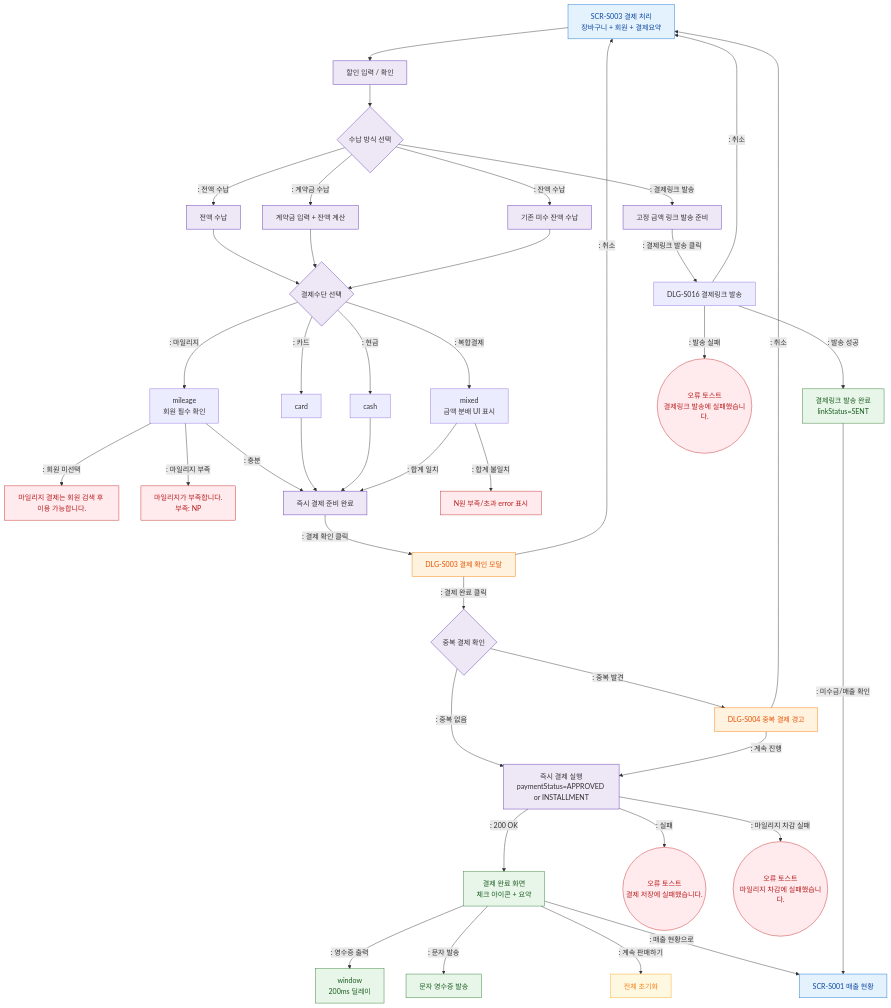
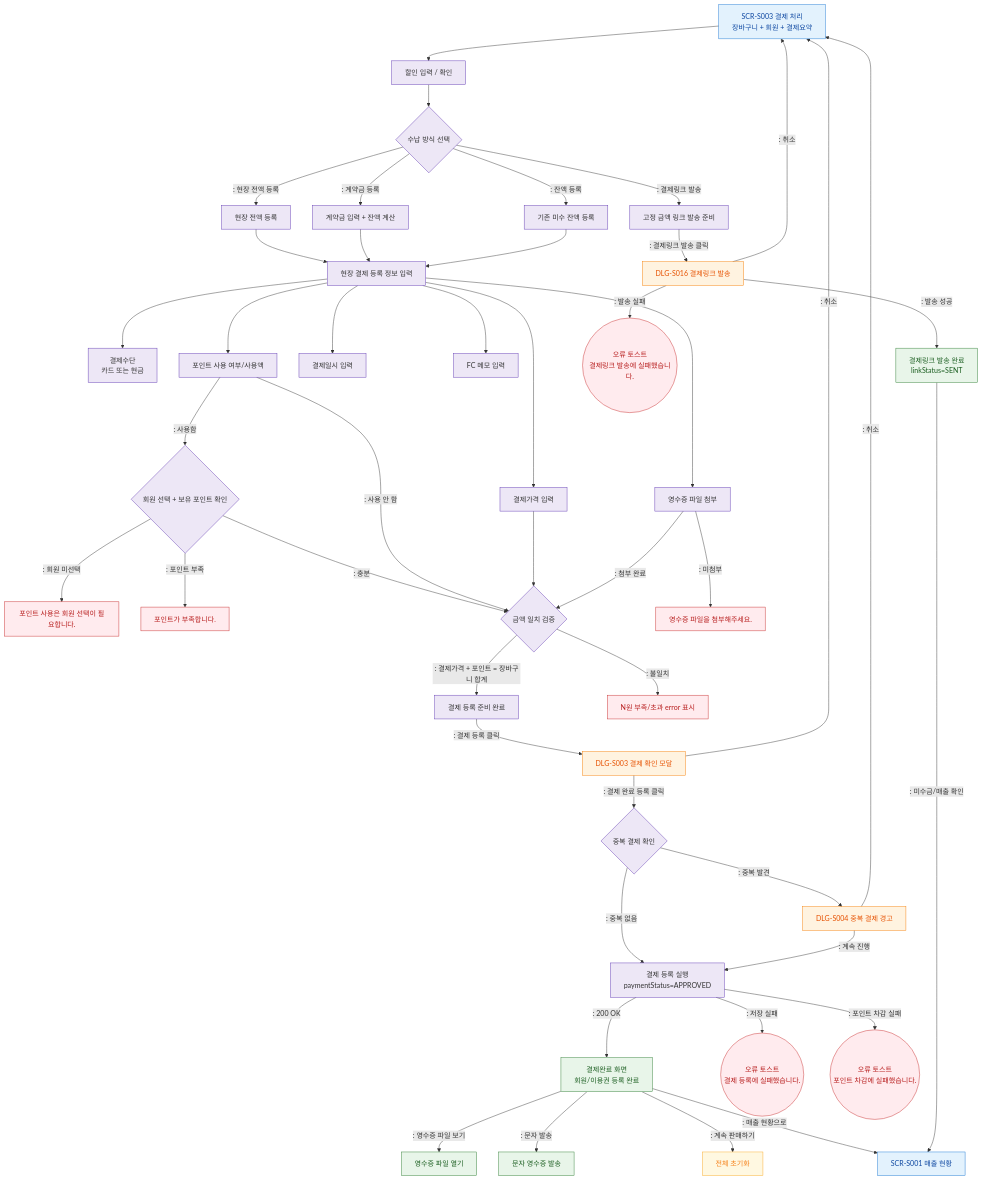
Before and after one commit to dev-spogym/admin-pando: the diagram in docs/admin/다이어그램/D03_매출관리/SCR-S003_결제처리/F2_메인.md, drawn with Mermaid. The commit also changed other lines of this file and 189 other files, not shown here.

````diff
--- a/docs/admin/다이어그램/D03_매출관리/SCR-S003_결제처리/F2_메인.md
+++ b/docs/admin/다이어그램/D03_매출관리/SCR-S003_결제처리/F2_메인.md
@@ -18,70 +18,75 @@
 ```mermaid
 flowchart TD
     S003[SCR-S003 결제 처리\n장바구니 + 회원 + 결제요약]
 
     S003 --> DISCOUNT[할인 입력 / 확인]
     DISCOUNT --> COLLECTION{수납 방식 선택}
 
-    COLLECTION -->|": 전액 수납"|FULL[전액 수납]
-    COLLECTION -->|": 계약금 수납"|DEPOSIT[계약금 입력 + 잔액 계산]
-    COLLECTION -->|": 잔액 수납"|BALANCE[기존 미수 잔액 수납]
+    COLLECTION -->|": 현장 전액 등록"|FULL[현장 전액 등록]
+    COLLECTION -->|": 계약금 등록"|DEPOSIT[계약금 입력 + 잔액 계산]
+    COLLECTION -->|": 잔액 등록"|BALANCE[기존 미수 잔액 등록]
     COLLECTION -->|": 결제링크 발송"|LINK_READY[고정 금액 링크 발송 준비]
 
-    FULL --> METHOD_SEL{결제수단 선택}
-    DEPOSIT --> METHOD_SEL
-    BALANCE --> METHOD_SEL
+    FULL --> FIELD_INPUT[현장 결제 등록 정보 입력]
+    DEPOSIT --> FIELD_INPUT
+    BALANCE --> FIELD_INPUT
 
-    METHOD_SEL -->|": 카드"|METHOD_CARD[card]
-    METHOD_SEL -->|": 현금"|METHOD_CASH[cash]
-    METHOD_SEL -->|": 마일리지"|METHOD_MILEAGE[mileage\n회원 필수 확인]
-    METHOD_SEL -->|": 복합결제"|METHOD_MIXED[mixed\n금액 분배 UI 표시]
+    FIELD_INPUT --> METHOD[결제수단\n카드 또는 현금]
+    FIELD_INPUT --> PAY_AMOUNT[결제가격 입력]
+    FIELD_INPUT --> POINT[포인트 사용 여부/사용액]
+    FIELD_INPUT --> PAID_AT[결제일시 입력]
+    FIELD_INPUT --> RECEIPT[영수증 파일 첨부]
+    FIELD_INPUT --> MEMO[FC 메모 입력]
 
-    METHOD_MILEAGE -->|": 회원 미선택"|ERR_NO_MEMBER[마일리지 결제는 회원 검색 후 이용 가능합니다.]
-    METHOD_MILEAGE -->|": 마일리지 부족"|ERR_MILEAGE[마일리지가 부족합니다.\n부족: NP]
-    METHOD_MILEAGE -->|": 충분"|METHOD_OK[즉시 결제 준비 완료]
+    POINT -->|": 사용함"|POINT_MEMBER{회원 선택 + 보유 포인트 확인}
+    POINT_MEMBER -->|": 회원 미선택"|ERR_NO_MEMBER[포인트 사용은 회원 선택이 필요합니다.]
+    POINT_MEMBER -->|": 포인트 부족"|ERR_POINT[포인트가 부족합니다.]
+    POINT_MEMBER -->|": 충분"|AMOUNT_CHECK
+    POINT -->|": 사용 안 함"|AMOUNT_CHECK{금액 일치 검증}
+    PAY_AMOUNT --> AMOUNT_CHECK
 
-    METHOD_CARD --> METHOD_OK
-    METHOD_CASH --> METHOD_OK
-    METHOD_MIXED -->|": 합계 일치"|METHOD_OK
-    METHOD_MIXED -->|": 합계 불일치"|ERR_MIXED[N원 부족/초과 error 표시]
+    RECEIPT -->|": 미첨부"|ERR_RECEIPT[영수증 파일을 첨부해주세요.]
+    RECEIPT -->|": 첨부 완료"|AMOUNT_CHECK
+    AMOUNT_CHECK -->|": 결제가격 + 포인트 = 장바구니 합계"|READY[결제 등록 준비 완료]
+    AMOUNT_CHECK -->|": 불일치"|ERR_AMOUNT[N원 부족/초과 error 표시]
 
-    METHOD_OK -->|": 결제 확인 클릭"|DLG_S003[DLG-S003 결제 확인 모달]
+    READY -->|": 결제 등록 클릭"|DLG_S003[DLG-S003 결제 확인 모달]
     LINK_READY -->|": 결제링크 발송 클릭"|DLG_S016[DLG-S016 결제링크 발송]
 
     DLG_S003 -->|": 취소"|S003
-    DLG_S003 -->|": 결제 완료 클릭"|DUP_CHECK{중복 결제 확인}
+    DLG_S003 -->|": 결제 완료 등록 클릭"|DUP_CHECK{중복 결제 확인}
 
     DUP_CHECK -->|": 중복 발견"|DLG_S004[DLG-S004 중복 결제 경고]
-    DUP_CHECK -->|": 중복 없음"|EXEC_PAY[즉시 결제 실행\npaymentStatus=APPROVED or INSTALLMENT]
+    DUP_CHECK -->|": 중복 없음"|REGISTER[결제 등록 실행\npaymentStatus=APPROVED]
 
     DLG_S004 -->|": 취소"|S003
-    DLG_S004 -->|": 계속 진행"|EXEC_PAY
+    DLG_S004 -->|": 계속 진행"|REGISTER
+
+    REGISTER -->|": 200 OK"|COMPLETE[결제완료 화면\n회원/이용권 등록 완료]
+    REGISTER -->|": 저장 실패"|TOAST_ERR((오류 토스트\n결제 등록에 실패했습니다.))
+    REGISTER -->|": 포인트 차감 실패"|TOAST_POINT_ERR((오류 토스트\n포인트 차감에 실패했습니다.))
 
     DLG_S016 -->|": 취소"|S003
     DLG_S016 -->|": 발송 성공"|LINK_SENT[결제링크 발송 완료\nlinkStatus=SENT]
     DLG_S016 -->|": 발송 실패"|TOAST_LINK_ERR((오류 토스트\n결제링크 발송에 실패했습니다.))
 
-    EXEC_PAY -->|": 200 OK"|COMPLETE[결제 완료 화면\n체크 아이콘 + 요약]
-    EXEC_PAY -->|": 실패"|TOAST_ERR((오류 토스트\n결제 저장에 실패했습니다.))
-    EXEC_PAY -->|": 마일리지 차감 실패"|TOAST_MILEAGE_ERR((오류 토스트\n마일리지 차감에 실패했습니다.))
-
-    COMPLETE -->|": 영수증 출력"|RECEIPT[window\n200ms 딜레이]
+    COMPLETE -->|": 영수증 파일 보기"|RECEIPT_VIEW[영수증 파일 열기]
     COMPLETE -->|": 문자 발송"|SMS[문자 영수증 발송]
     COMPLETE -->|": 계속 판매하기"|RESET[전체 초기화]
     COMPLETE -->|": 매출 현황으로"|SCR_S001[SCR-S001 매출 현황]
     LINK_SENT -->|": 미수금/매출 확인"|SCR_S001
 
     classDef screen fill:#E3F2FD,stroke:#1976D2,color:#0D47A1
     classDef modal fill:#FFF3E0,stroke:#F57C00,color:#E65100
     classDef error fill:#FFEBEE,stroke:#C62828,color:#B71C1C
     classDef success fill:#E8F5E9,stroke:#2E7D32,color:#1B5E20
     classDef system fill:#EDE7F6,stroke:#5E35B2
     classDef warning fill:#FFF8E1,stroke:#F9A825,color:#F57F17
 
     class S003,SCR_S001 screen
-    class DLG_S003,DLG_S004 modal
-    class ERR_NO_MEMBER,ERR_MILEAGE,ERR_MIXED,TOAST_ERR,TOAST_MILEAGE_ERR,TOAST_LINK_ERR error
-    class COMPLETE,RECEIPT,SMS,LINK_SENT success
-    class DUP_CHECK,EXEC_PAY,METHOD_OK,DISCOUNT,COLLECTION,METHOD_SEL,FULL,DEPOSIT,BALANCE,LINK_READY system
+    class DLG_S003,DLG_S004,DLG_S016 modal
+    class ERR_NO_MEMBER,ERR_POINT,ERR_AMOUNT,ERR_RECEIPT,TOAST_ERR,TOAST_POINT_ERR,TOAST_LINK_ERR error
+    class COMPLETE,RECEIPT_VIEW,SMS,LINK_SENT success
+    class DUP_CHECK,REGISTER,READY,DISCOUNT,COLLECTION,FIELD_INPUT,METHOD,PAY_AMOUNT,POINT,PAID_AT,RECEIPT,MEMO,AMOUNT_CHECK,POINT_MEMBER,FULL,DEPOSIT,BALANCE,LINK_READY system
     class RESET warning
 ```
````
